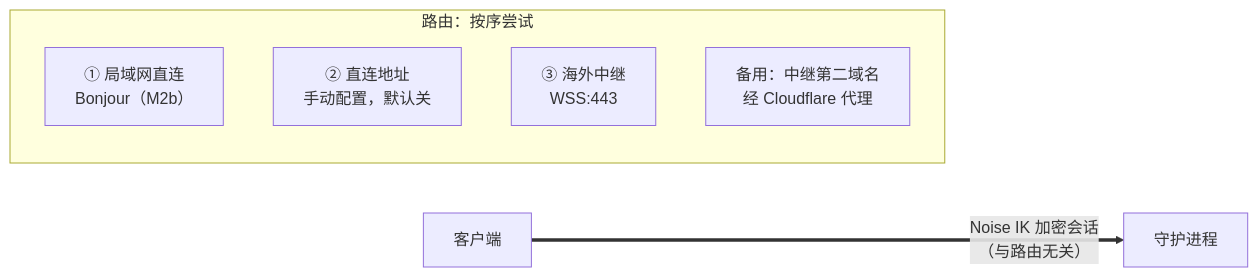
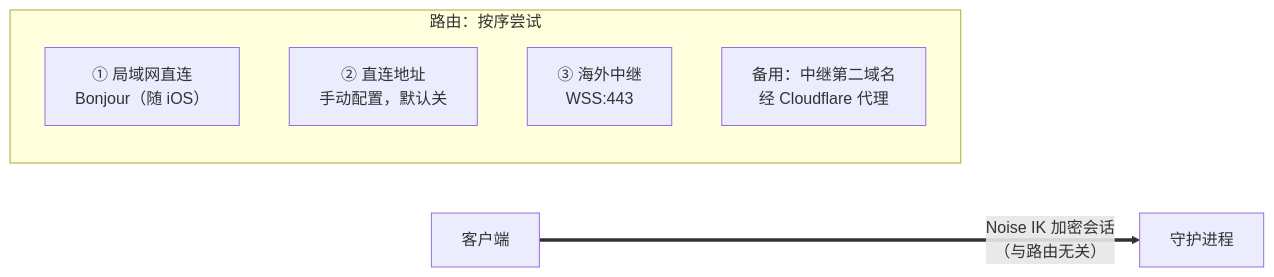
Before and after one commit to yangflow/hoplet: the first of 4 diagrams in docs/design/0006-connectivity-security.md, drawn with Mermaid. The commit also changed other lines of this file and 16 other files, not shown here.

````diff
--- a/docs/design/0006-connectivity-security.md
+++ b/docs/design/0006-connectivity-security.md
@@ -28,10 +28,10 @@
 ```mermaid
 flowchart LR
     C["客户端"] == "Noise IK 加密会话<br/>（与路由无关）" ==> D["守护进程"]
     subgraph routes["路由：按序尝试"]
-        R1["① 局域网直连<br/>Bonjour（M2b）"]
+        R1["① 局域网直连<br/>Bonjour（随 iOS）"]
         R2["② 直连地址<br/>手动配置，默认关"]
         R3["③ 海外中继<br/>WSS:443"]
         R4["备用：中继第二域名<br/>经 Cloudflare 代理"]
     end
 ```
````
